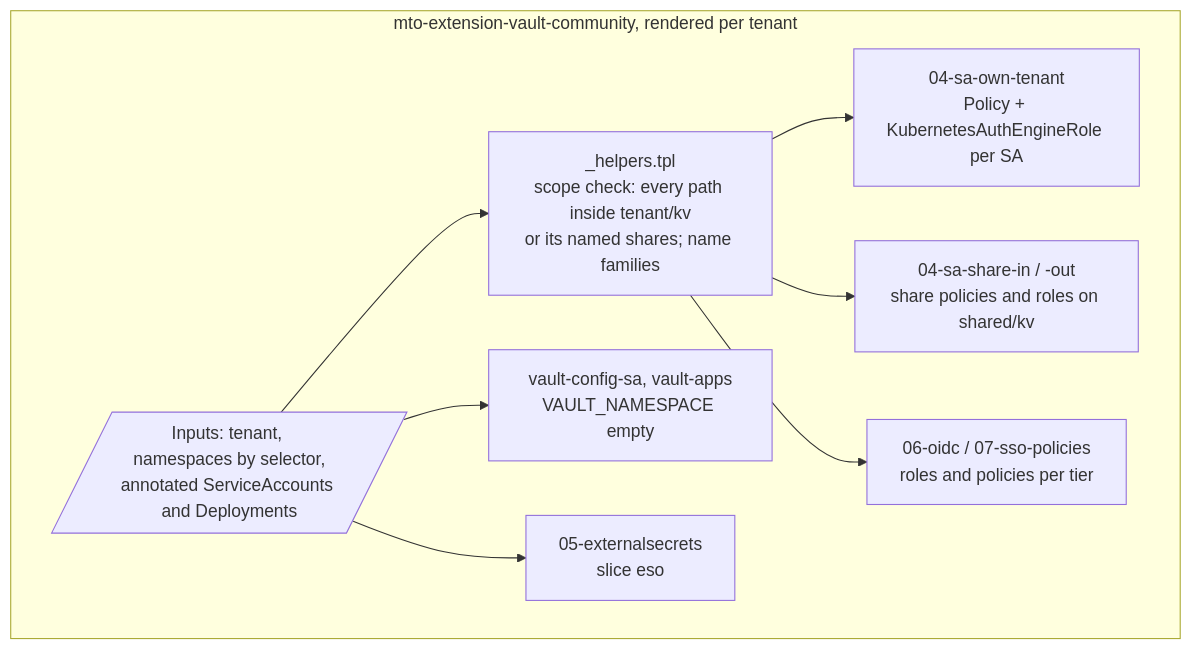
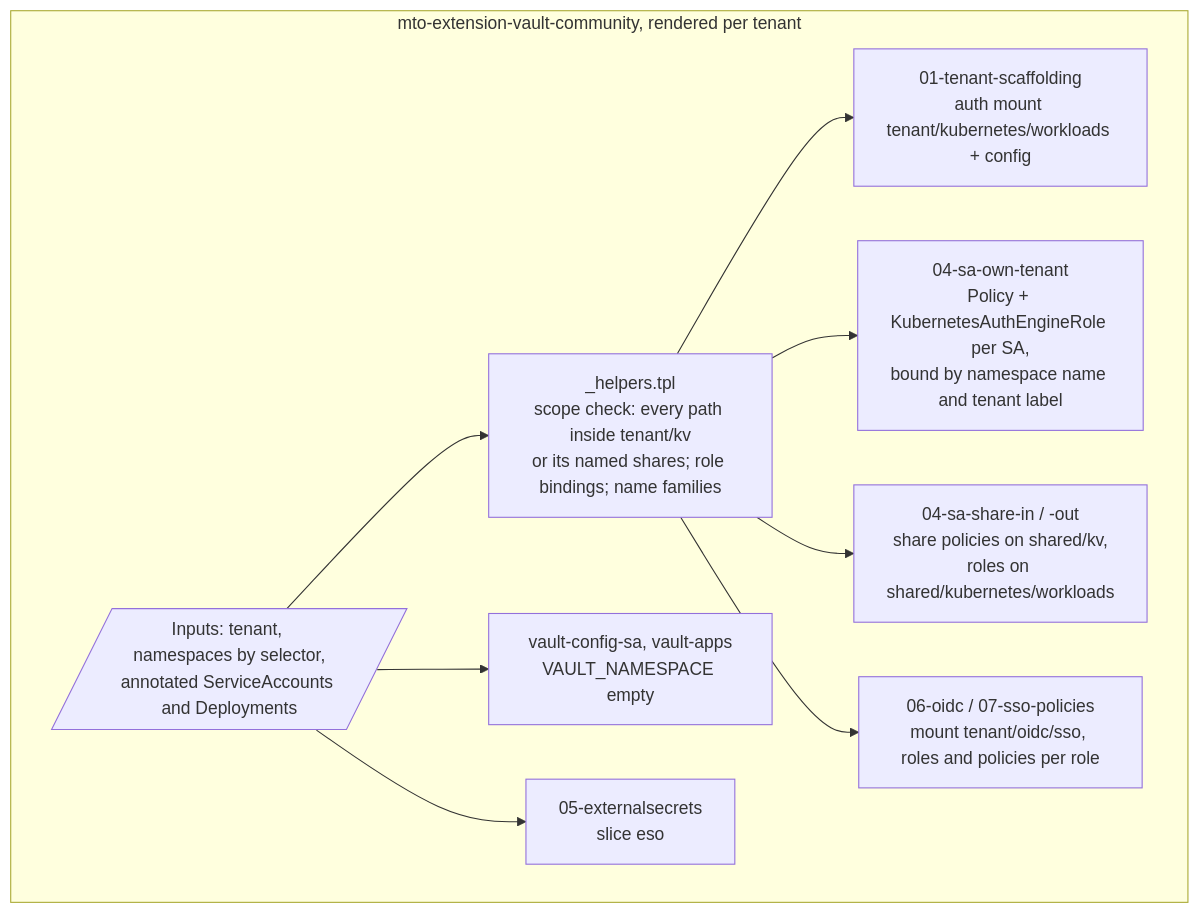
One commit to stakater/mto-extension-vault-community changed the third of 6 diagrams in docs/diagrams.md. Above: the diagram before and after it, drawn with Mermaid. The commit also changed other lines of this file and 77 other files, not shown here.

First line of the commit message:
C.0, C.1: close the spike; bootstrap fans out, tenant mounts appear

````diff
--- a/docs/diagrams.md
+++ b/docs/diagrams.md
@@ -72,14 +76,15 @@
 ```mermaid
 flowchart TB
   subgraph Chart[mto-extension-vault-community, rendered per tenant]
     IN[/Inputs: tenant, namespaces by selector,<br/>annotated ServiceAccounts and Deployments/]
-    SCOPE[_helpers.tpl<br/>scope check: every path inside tenant/kv<br/>or its named shares; name families]
-    SA[04-sa-own-tenant<br/>Policy + KubernetesAuthEngineRole per SA]
-    SH[04-sa-share-in / -out<br/>share policies and roles on shared/kv]
-    SSO[06-oidc / 07-sso-policies<br/>roles and policies per tier]
+    SCOPE[_helpers.tpl<br/>scope check: every path inside tenant/kv<br/>or its named shares; role bindings; name families]
+    AUTH[01-tenant-scaffolding<br/>auth mount tenant/kubernetes/workloads + config]
+    SA[04-sa-own-tenant<br/>Policy + KubernetesAuthEngineRole per SA,<br/>bound by namespace name and tenant label]
+    SH[04-sa-share-in / -out<br/>share policies on shared/kv,<br/>roles on shared/kubernetes/workloads]
+    SSO[06-oidc / 07-sso-policies<br/>mount tenant/oidc/sso, roles and policies per role]
     CM[vault-config-sa, vault-apps<br/>VAULT_NAMESPACE empty]
     ES[05-externalsecrets<br/>slice eso]
   end
-  IN --> SCOPE --> SA & SH & SSO
+  IN --> SCOPE --> AUTH & SA & SH & SSO
   IN --> CM & ES
 ```
````
